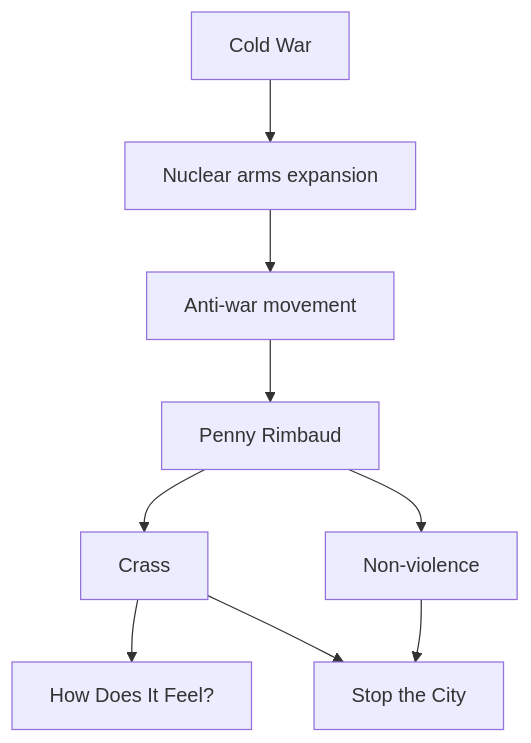
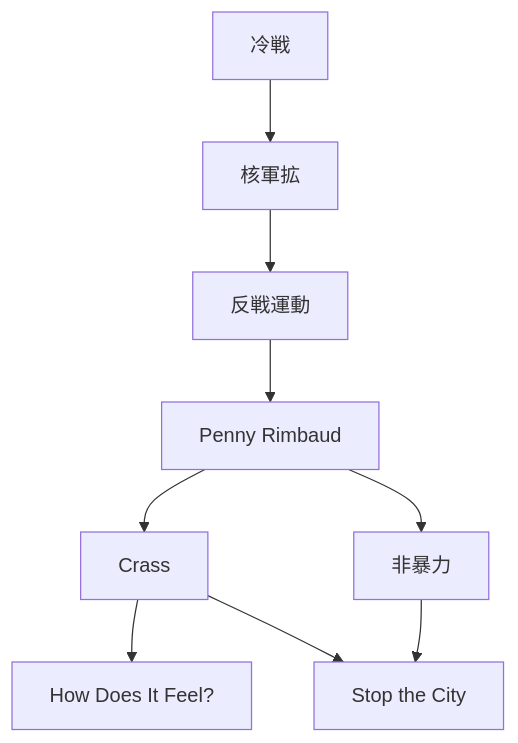
Before and after one commit to monumental-movement/monumental-movement.github.io: the fourth of 10 diagrams in en/_posts/2026-07-13-column-penny-rimbaud.md, drawn with Mermaid. The commit also changed other lines of this file and 2196 other files, not shown here.

```diff
--- a/en/_posts/2026-07-13-column-penny-rimbaud.md
+++ b/en/_posts/2026-07-13-column-penny-rimbaud.md
@@ -681,21 +681,21 @@
 <div class="mermaid">
 graph TD
 
-A["Cold War"]
-B["Nuclear arms expansion"]
-C["Anti-war movement"]
+A["冷戦"]
+B["核軍拡"]
+C["反戦運動"]
 D["Penny Rimbaud"]
 E["Crass"]
 F["How Does It Feel?"]
 G["Stop the City"]
-H["Non-violence"]
+H["非暴力"]
 
 A --> B
 B --> C
 C --> D
 D --> E
 E --> F
 E --> G
 D --> H
 H --> G
 </div>
```
